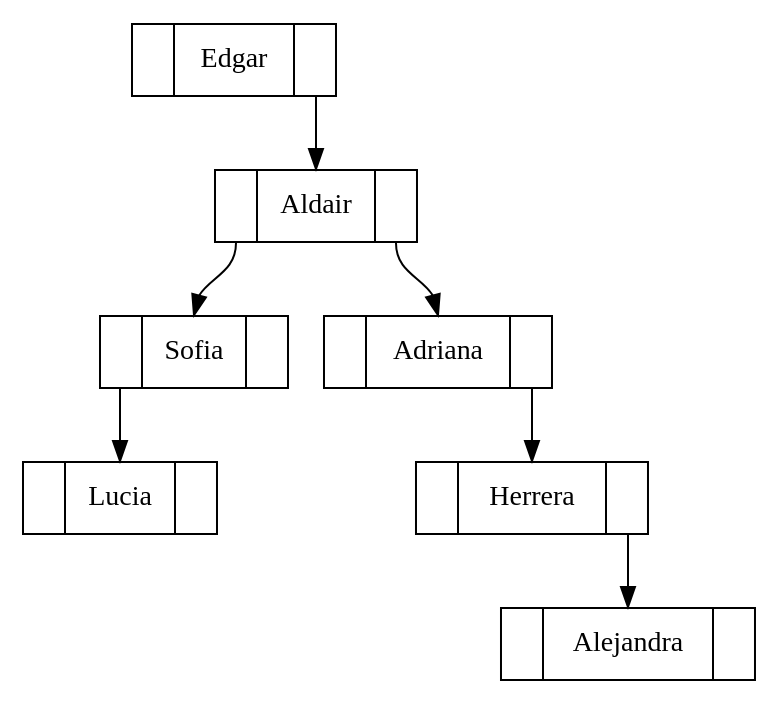
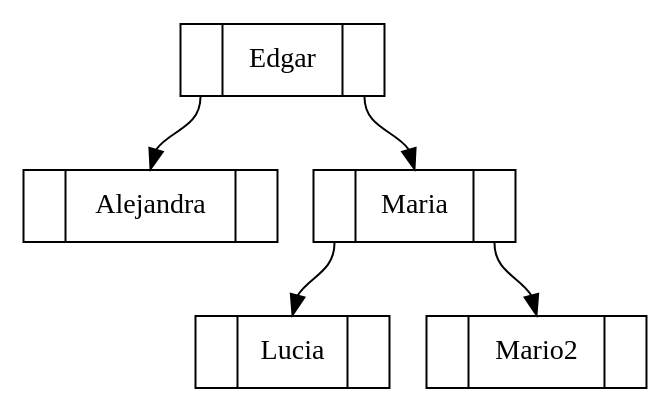
One commit to EH0809/EDD_2S2019_PY1_201520498 changed the diagram in ArbolBB.dot. Above: the diagram before and after it, drawn with Graphviz.

```diff
--- a/ArbolBB.dot
+++ b/ArbolBB.dot
@@ -1,9 +1,7 @@
 digraph G { 
 Node_Edgar[label= " <f0> | <f1> Edgar | <f2> " shape = "record"] ;
-Node_Edgar:f2->Node_Aldair:f1;Node_Aldair[label= " <f0> | <f1> Aldair | <f2> " shape = "record"] ;
-Node_Aldair:f0->Node_Sofia:f1;Node_Sofia[label= " <f0> | <f1> Sofia | <f2> " shape = "record"] ;
-Node_Sofia:f0->Node_Lucia:f1;Node_Lucia[label= " <f0> | <f1> Lucia | <f2> " shape = "record"] ;
-Node_Aldair:f2->Node_Adriana:f1;Node_Adriana[label= " <f0> | <f1> Adriana | <f2> " shape = "record"] ;
-Node_Adriana:f2->Node_Herrera:f1;Node_Herrera[label= " <f0> | <f1> Herrera | <f2> " shape = "record"] ;
-Node_Herrera:f2->Node_Alejandra:f1;Node_Alejandra[label= " <f0> | <f1> Alejandra | <f2> " shape = "record"] ;
+Node_Edgar:f0->Node_Alejandra:f1;Node_Alejandra[label= " <f0> | <f1> Alejandra | <f2> " shape = "record"] ;
+Node_Edgar:f2->Node_Maria:f1;Node_Maria[label= " <f0> | <f1> Maria | <f2> " shape = "record"] ;
+Node_Maria:f0->Node_Lucia:f1;Node_Lucia[label= " <f0> | <f1> Lucia | <f2> " shape = "record"] ;
+Node_Maria:f2->Node_Mario2:f1;Node_Mario2[label= " <f0> | <f1> Mario2 | <f2> " shape = "record"] ;
 }
```
